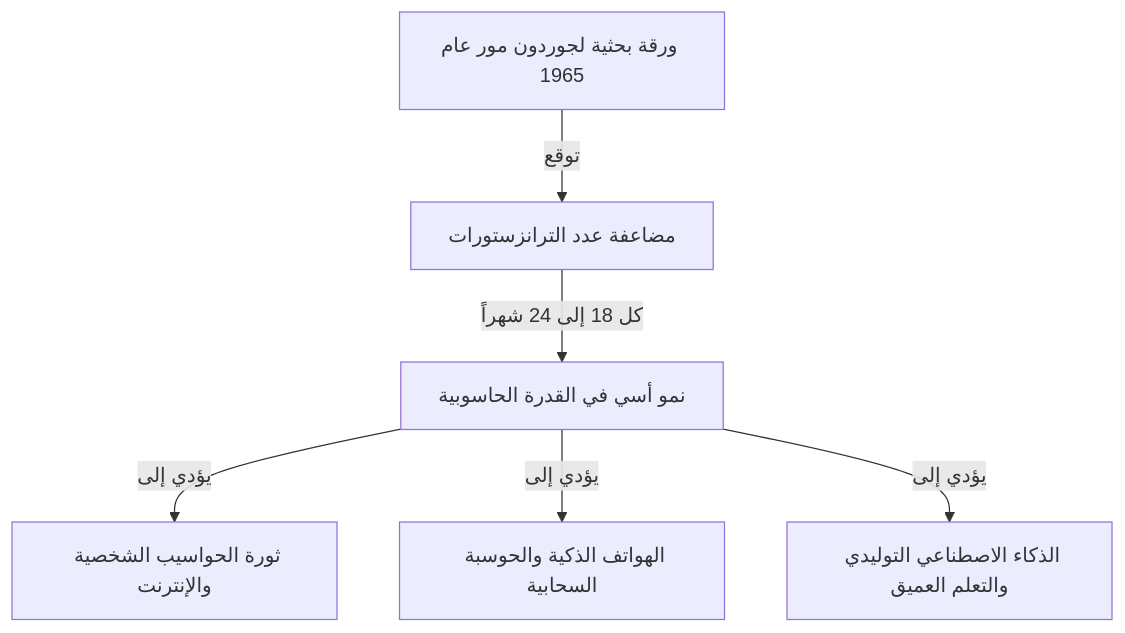
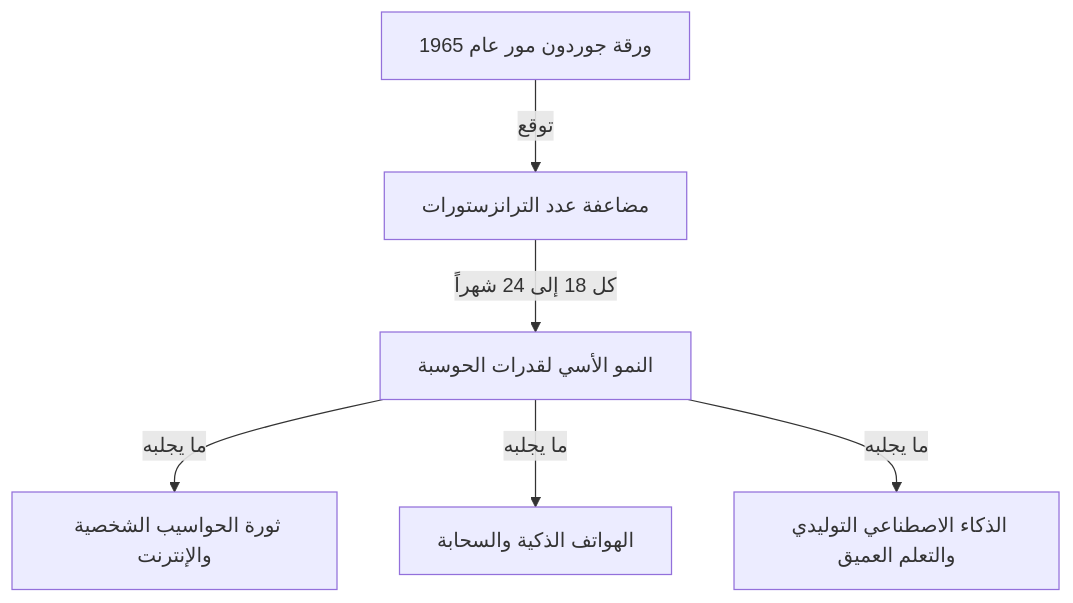
The first of 2 diagrams in content/post/business-moores-law/index.ar.md (kenjinote/blog), drawn with Mermaid before and after one commit. The commit also changed other lines of this file and 40 other files, not shown here.

````diff
--- a/content/post/business-moores-law/index.ar.md
+++ b/content/post/business-moores-law/index.ar.md
@@ -25,8 +25,8 @@
 ```mermaid
 graph TD
-    A["ورقة بحثية لجوردون مور عام 1965"] -- "توقع" --> B["مضاعفة عدد الترانزستورات"]
-    B -- "كل 18 إلى 24 شهراً" --> C["نمو أسي في القدرة الحاسوبية"]
-    C -- "يؤدي إلى" --> D["ثورة الحواسيب الشخصية والإنترنت"]
-    C -- "يؤدي إلى" --> E["الهواتف الذكية والحوسبة السحابية"]
-    C -- "يؤدي إلى" --> F["الذكاء الاصطناعي التوليدي والتعلم العميق"]
+    A["ورقة جوردون مور عام 1965"] -- "توقع" --> B["مضاعفة عدد الترانزستورات"]
+    B -- "كل 18 إلى 24 شهراً" --> C["النمو الأسي لقدرات الحوسبة"]
+    C -- "ما يجلبه" --> D["ثورة الحواسيب الشخصية والإنترنت"]
+    C -- "ما يجلبه" --> E["الهواتف الذكية والسحابة"]
+    C -- "ما يجلبه" --> F["الذكاء الاصطناعي التوليدي والتعلم العميق"]
 ```
````
